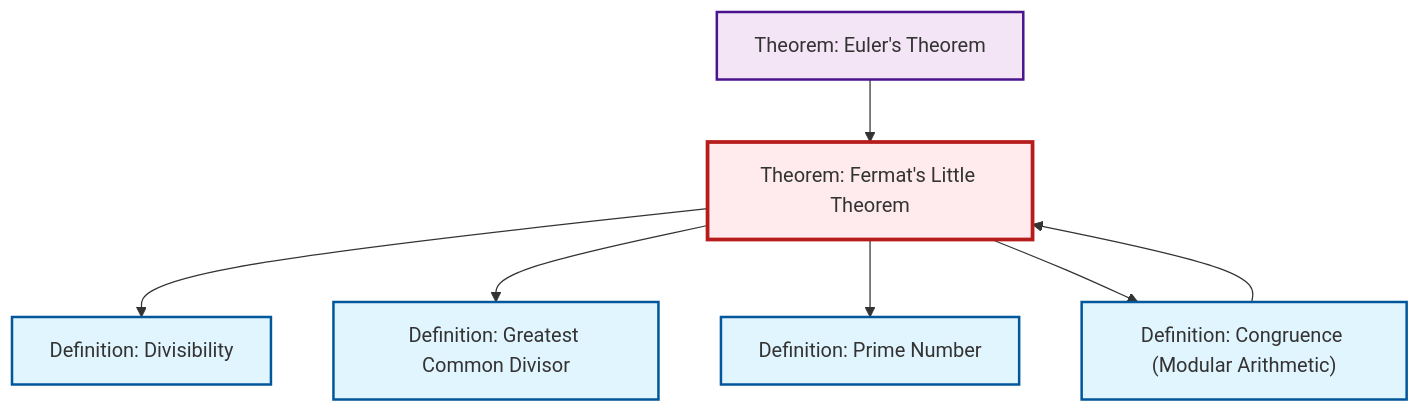
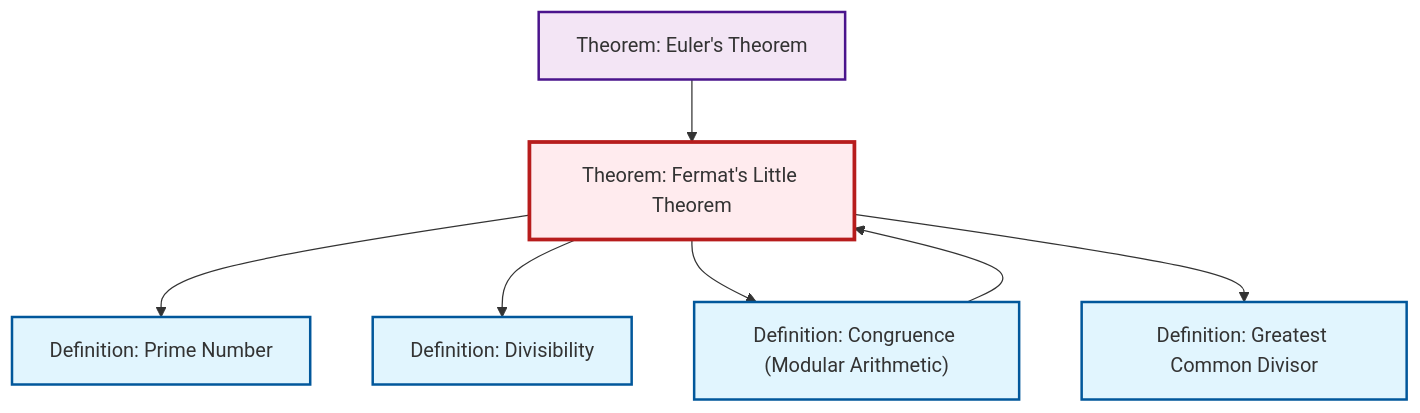
Before and after one commit to RK0429/ModernMath: the diagram in content/ja/number-theory/thm-fermat-little.qmd, drawn with Mermaid. The commit also changed other lines of this file and 654 other files, not shown here.

````diff
--- a/content/ja/number-theory/thm-fermat-little.qmd
+++ b/content/ja/number-theory/thm-fermat-little.qmd
@@ -91,27 +91,27 @@
 ```{mermaid}
 %%| fig-cap: "Local dependency graph"
 graph TD
     classDef definition fill:#e1f5fe,stroke:#01579b,stroke-width:2px
     classDef theorem fill:#f3e5f5,stroke:#4a148c,stroke-width:2px
     classDef axiom fill:#fff3e0,stroke:#e65100,stroke-width:2px
     classDef example fill:#e8f5e9,stroke:#1b5e20,stroke-width:2px
     classDef current fill:#ffebee,stroke:#b71c1c,stroke-width:3px
+    thm-fermat-little["Theorem: Fermat's Little Theorem"]:::theorem
     def-gcd["Definition: Greatest Common Divisor"]:::definition
+    def-divisibility["Definition: Divisibility"]:::definition
     thm-euler["Theorem: Euler's Theorem"]:::theorem
-    thm-fermat-little["Theorem: Fermat's Little Theorem"]:::theorem
+    def-prime["Definition: Prime Number"]:::definition
     def-congruence["Definition: Congruence (Modular Arithmetic)"]:::definition
-    def-divisibility["Definition: Divisibility"]:::definition
-    def-prime["Definition: Prime Number"]:::definition
+    thm-euler --> thm-fermat-little
+    thm-fermat-little --> def-prime
+    def-congruence --> thm-fermat-little
     thm-fermat-little --> def-divisibility
-    thm-euler --> thm-fermat-little
+    thm-fermat-little --> def-congruence
     thm-fermat-little --> def-gcd
-    thm-fermat-little --> def-prime
-    thm-fermat-little --> def-congruence
-    def-congruence --> thm-fermat-little
     class thm-fermat-little current
     click def-gcd "def-gcd.html" "Definition: Greatest Common Divisorへ"
+    click def-divisibility "def-divisibility.html" "Definition: Divisibilityへ"
     click thm-euler "thm-euler.html" "Theorem: Euler's Theoremへ"
+    click def-prime "def-prime.html" "Definition: Prime Numberへ"
     click def-congruence "def-congruence.html" "Definition: Congruence (Modular Arithmetic)へ"
-    click def-divisibility "def-divisibility.html" "Definition: Divisibilityへ"
-    click def-prime "def-prime.html" "Definition: Prime Numberへ"
 ```
````
